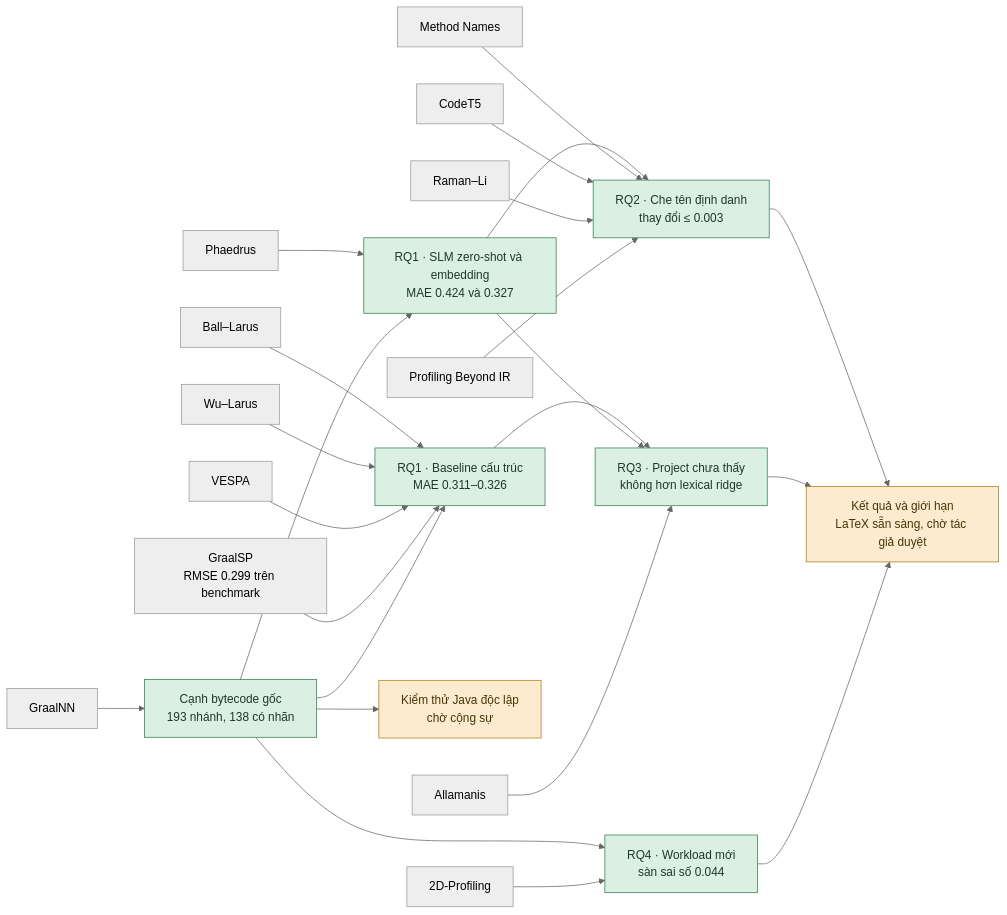
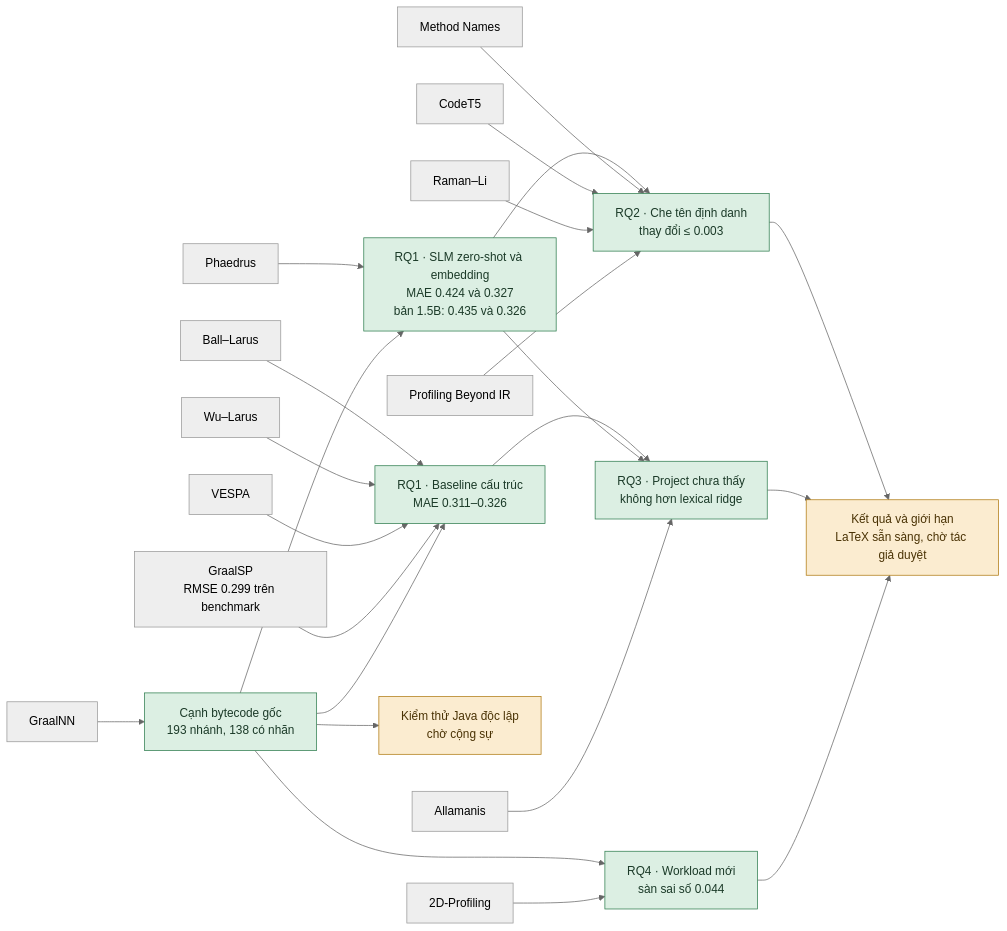
Before and after one commit to minggu151623/llm_profiling_research: the diagram in research/literature/README.md, drawn with Mermaid (neutral theme). The commit also changed 1 other file, not shown here.

Commit message:
Show the 1.5B results on the SLM node of the DAG

````diff
--- a/research/literature/README.md
+++ b/research/literature/README.md
@@ -5,49 +5,49 @@
 ```mermaid
 flowchart LR
     graalsp["GraalSP<br/>RMSE 0.299 trên benchmark"]
     graalnn["GraalNN"]
     method_names["Method Names"]
     ball_larus["Ball–Larus"]
     wu_larus["Wu–Larus"]
     vespa["VESPA"]
     raman_li["Raman–Li"]
     codet5["CodeT5"]
     duplicates["Allamanis"]
     kim_input["2D-Profiling"]
     phaedrus["Phaedrus"]
     SIG["Profiling Beyond IR"]
     DATA["Cạnh bytecode gốc<br/>193 nhánh, 138 có nhãn"]
     JAVA["Kiểm thử Java độc lập<br/>chờ cộng sự"]
     BASE["RQ1 · Baseline cấu trúc<br/>MAE 0.311–0.326"]
-    SLM["RQ1 · SLM zero-shot và embedding<br/>MAE 0.424 và 0.327"]
+    SLM["RQ1 · SLM zero-shot và embedding<br/>MAE 0.424 và 0.327<br/>bản 1.5B: 0.435 và 0.326"]
     E1["RQ2 · Che tên định danh<br/>thay đổi ≤ 0.003"]
     E2["RQ3 · Project chưa thấy<br/>không hơn lexical ridge"]
     E3["RQ4 · Workload mới<br/>sàn sai số 0.044"]
     CLAIMS["Kết quả và giới hạn<br/>LaTeX sẵn sàng, chờ tác giả duyệt"]
     graalnn --> DATA
     DATA --> JAVA
     ball_larus --> BASE
     wu_larus --> BASE
     vespa --> BASE
     graalsp --> BASE
     DATA --> BASE
     phaedrus --> SLM
     DATA --> SLM
     SLM --> E1
     method_names --> E1
     codet5 --> E1
     raman_li --> E1
     SIG --> E1
     BASE --> E2
     SLM --> E2
     duplicates --> E2
     DATA --> E3
     kim_input --> E3
     E1 --> CLAIMS
     E2 --> CLAIMS
     E3 --> CLAIMS
     classDef measured fill:#dcefe3,stroke:#2f7d4f,color:#1b3a28
     classDef waiting fill:#fbecd0,stroke:#b07a12,color:#4a3305
     class DATA,BASE,SLM,E1,E2,E3 measured
     class JAVA,CLAIMS waiting
 ```
````
